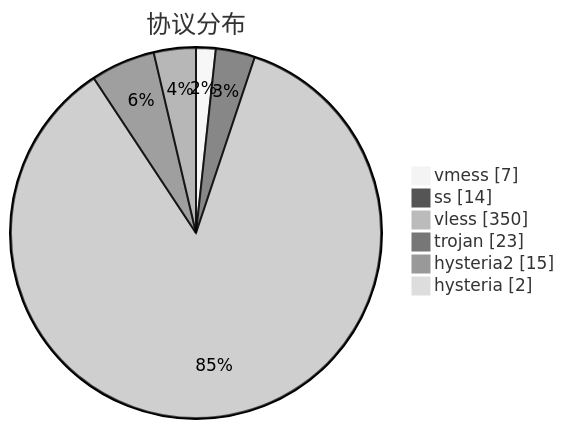
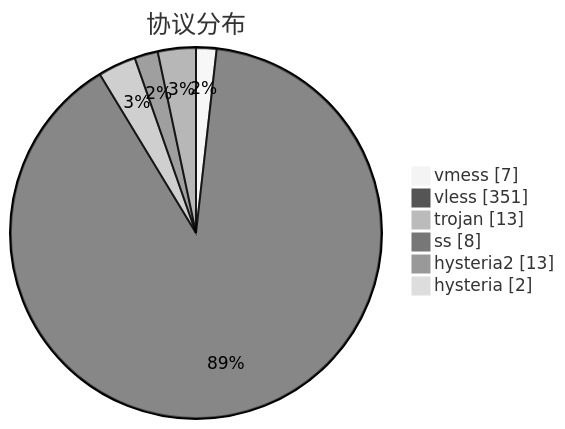
One commit to sinspired/airport changed the third of 3 diagrams in subs/statistics/tested_within.md. Above: the diagram before and after it, drawn with Mermaid (neutral theme). The commit also changed other lines of this file and 2 other files, not shown here.

````diff
--- a/subs/statistics/tested_within.md
+++ b/subs/statistics/tested_within.md
@@ -39,10 +40,10 @@
 ```mermaid
 pie showData
 title 协议分布
 "vmess" : 7
-"ss" : 14
-"vless" : 350
-"trojan" : 23
-"hysteria2" : 15
+"vless" : 351
+"trojan" : 13
+"ss" : 8
+"hysteria2" : 13
 "hysteria" : 2
 ```
````
